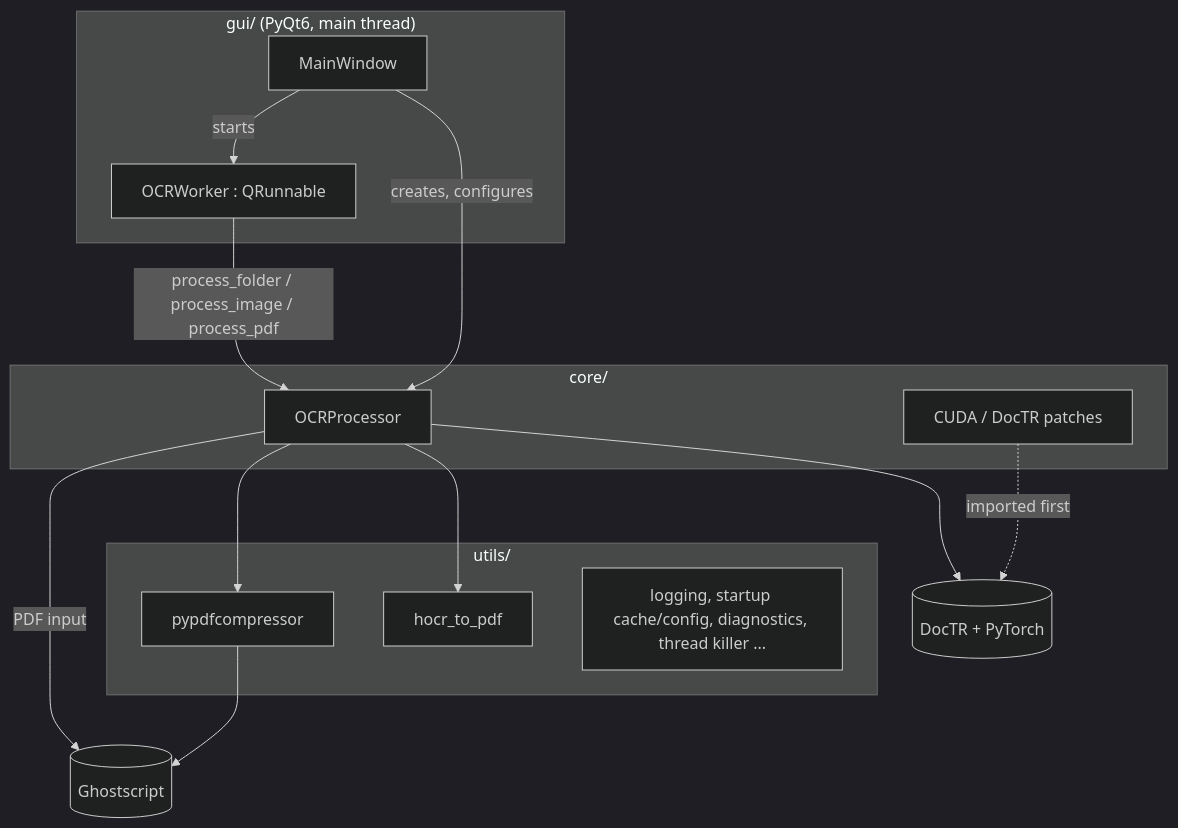
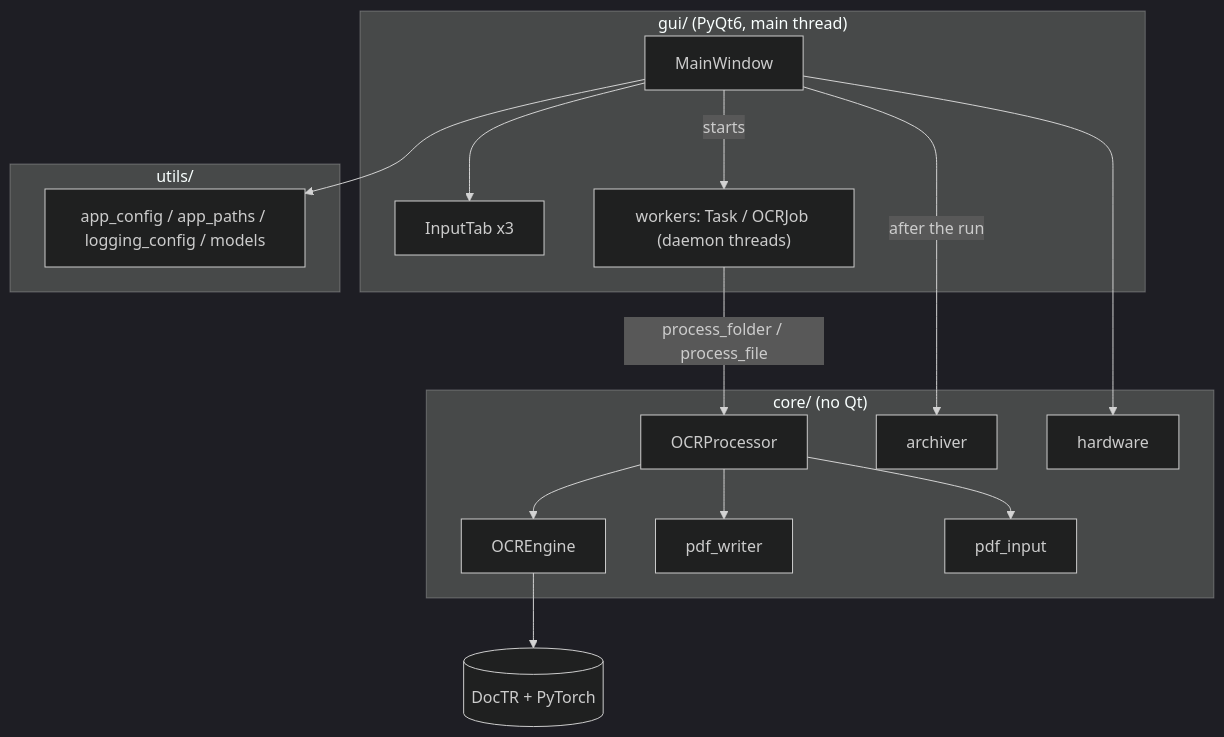
The first of 2 diagrams in docs/architecture.md (NeoMatrix14241/VisionLaneOCR), drawn with Mermaid (dark theme) before and after one commit. The commit also changed other lines of this file and 60 other files, not shown here.

Commit message:
Refactor core, GUI and docs per known-issues.md; add tests and repo-local DocTR model cache

````diff
--- a/docs/architecture.md
+++ b/docs/architecture.md
@@ -24,26 +21,29 @@
 ```mermaid
 flowchart TD
     subgraph GUI["gui/ (PyQt6, main thread)"]
         MW[MainWindow]
-        W[OCRWorker : QRunnable]
+        IT[InputTab x3]
+        WK["workers: Task / OCRJob (daemon threads)"]
     end
-    subgraph CORE["core/"]
+    subgraph CORE["core/ (no Qt)"]
         OP[OCRProcessor]
-        PATCH[CUDA / DocTR patches]
+        EN[OCREngine]
+        PW[pdf_writer]
+        PI[pdf_input]
+        AR[archiver]
+        HW[hardware]
     end
     subgraph UTIL["utils/"]
-        H2P[hocr_to_pdf]
-        CMP[pypdfcompressor]
-        MISC[logging, startup cache/config, diagnostics, thread killer ...]
+        CFG[app_config / app_paths / logging_config / models]
     end
     DOCTR[(DocTR + PyTorch)]
-    GS[(Ghostscript)]
-    MW -->|creates, configures| OP
-    MW -->|starts| W
-    W -->|process_folder / process_image / process_pdf| OP
-    OP --> DOCTR
-    OP --> H2P
-    OP --> CMP --> GS
-    OP -->|PDF input| GS
-    PATCH -.imported first.-> DOCTR
+    MW --> IT
+    MW -->|starts| WK
+    WK -->|process_folder / process_file| OP
+    OP --> EN --> DOCTR
+    OP --> PW
+    OP --> PI
+    MW -->|after the run| AR
+    MW --> HW
+    MW --> CFG
 ```
````
